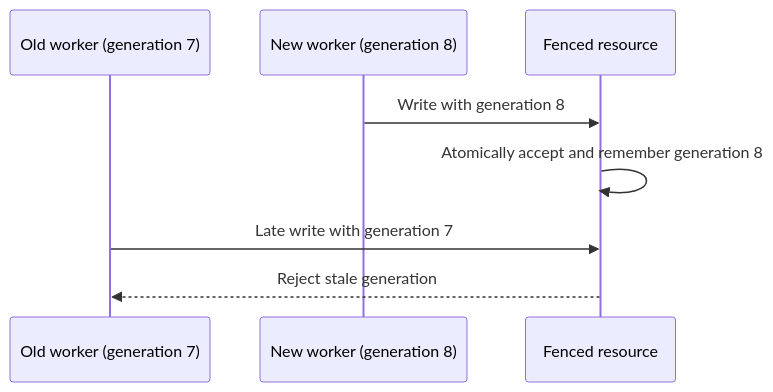
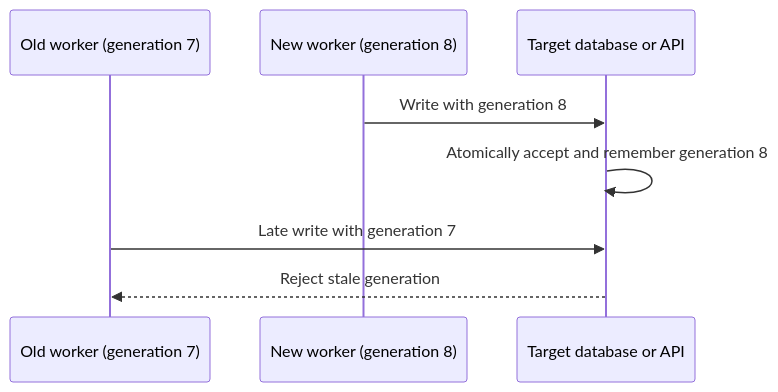
Before and after one commit to pupitooo/emorfiq-adapter: the third of 3 diagrams in docs/execution/external-effects.md, drawn with Mermaid. The commit also changed other lines of this file and 20 other files, not shown here.

````diff
--- a/docs/execution/external-effects.md
+++ b/docs/execution/external-effects.md
@@ -77,10 +84,10 @@
 ```mermaid
 sequenceDiagram
     participant A as Old worker (generation 7)
     participant B as New worker (generation 8)
-    participant E as Fenced resource
+    participant E as Target database or API
     B->>E: Write with generation 8
     E->>E: Atomically accept and remember generation 8
     A->>E: Late write with generation 7
     E-->>A: Reject stale generation
 ```
````
